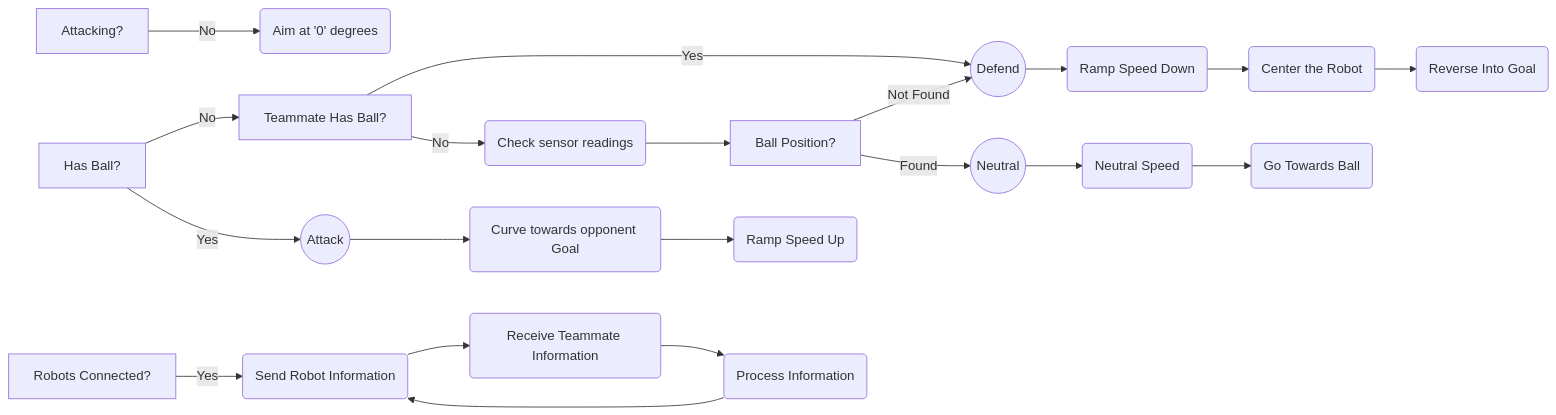
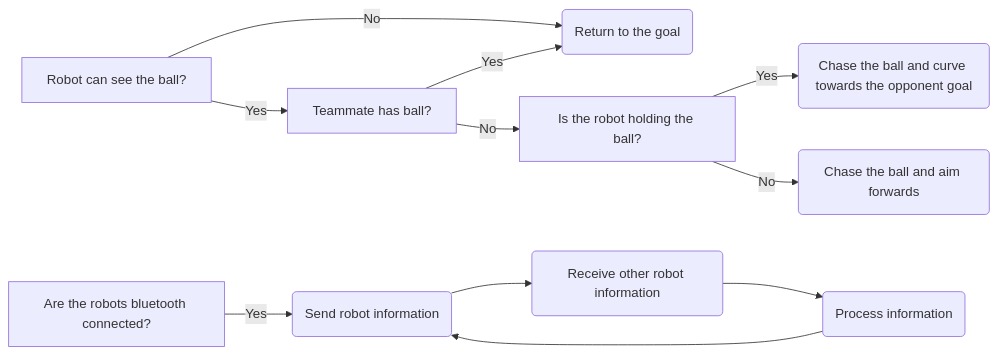
One commit to denyahnov/robocup_2023 changed the first of 2 diagrams in EngineeringJournal.md. Above: the diagram before and after it, drawn with Mermaid. The commit also changed other lines of this file, not shown here.

````diff
--- a/EngineeringJournal.md
+++ b/EngineeringJournal.md
@@ -34,17 +34,10 @@
 ```mermaid
 graph LR
-Attacking[Attacking?] -- No --> Aim(Aim at '0' degrees)
-HasBall[Has Ball?] -- No --> TeammateBall[Teammate Has Ball?]
-TeammateBall -- Yes --> Defend((Defend))
-Defend --> SlowDown(Ramp Speed Down) --> CenterRobot(Center the Robot) --> Reverse(Reverse Into Goal)
-TeammateBall -- No --> CheckSensors(Check sensor readings)
-HasBall -- Yes --> Attack((Attack))
-Attack --> AimGoal(Curve towards opponent Goal) --> RampSpeed(Ramp Speed Up)
-CheckSensors --> BallPos[Ball Position?]
-BallPos-- Not Found --> Defend
-BallPos-- Found --> Neutral((Neutral)) --> NeutralSpeed(Neutral Speed) --> GoToBall(Go Towards Ball)
-Connected[Robots Connected?] -- Yes --> A(Send Robot Information)
-A --> B(Receive Teammate Information)
-B --> C(Process Information)
-C --> A
+FoundBall[Robot can see the ball?] -- No --> Return
+FoundBall -- Yes --> Teammate[Teammate has ball?] -- No --> HasBall[Is the robot holding the ball?] -- Yes --> Score(Chase the ball and curve towards the opponent goal)
+HasBall -- No --> Chase(Chase the ball and aim forwards)
+Teammate -- Yes --> Return(Return to the goal)
+
+IsConnected[Are the robots bluetooth connected?] -- Yes --> Send(Send robot information) --> Receive(Receive other robot information)
+Receive --> Process(Process information) --> Send
 ```
````
